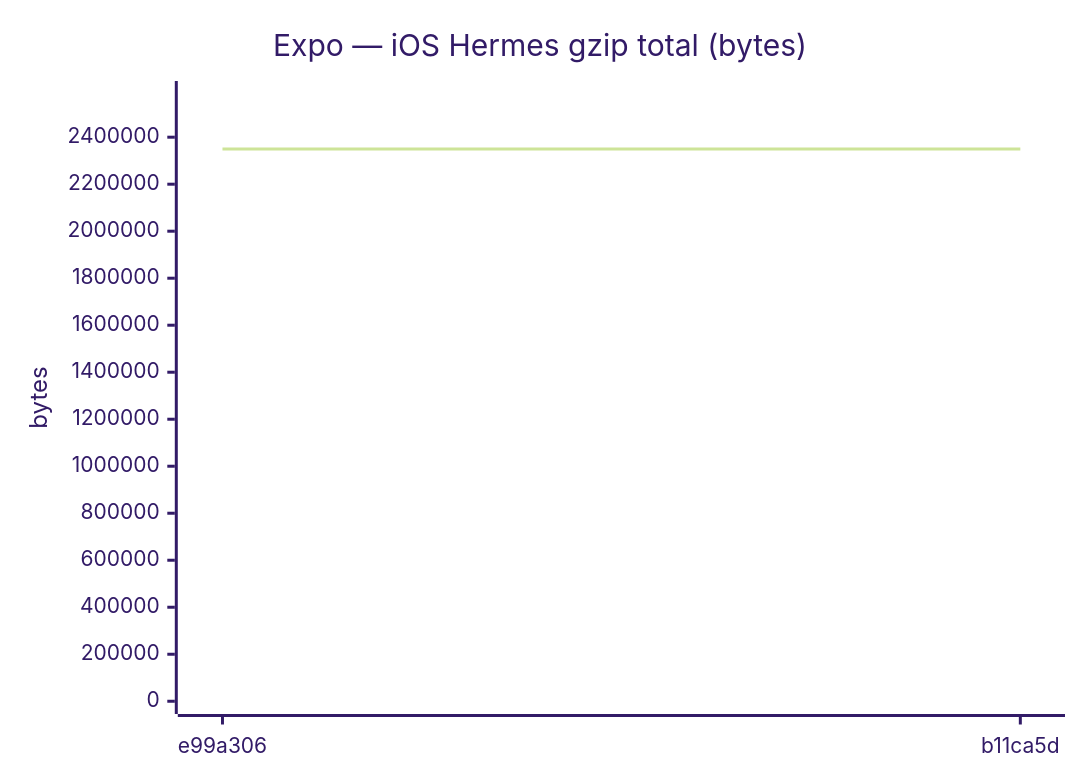
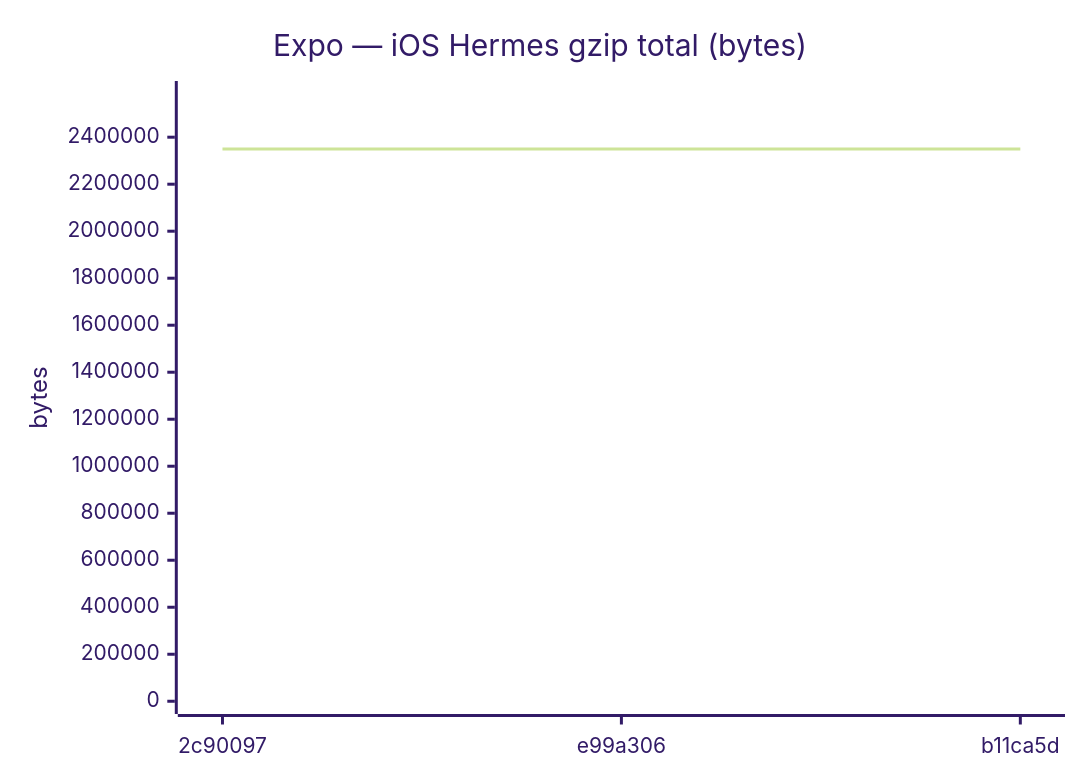
Before and after one commit to Metaheurist/Rianell: diagram 16 of 24 in Benchmarks/compare.md, drawn with Mermaid (forest theme). The commit also changed other lines of this file and 12 other files, not shown here.

````diff
--- a/Benchmarks/compare.md
+++ b/Benchmarks/compare.md
@@ -184,7 +192,7 @@
 ```mermaid
 xychart-beta
     title "Expo — iOS Hermes gzip total (bytes)"
-    x-axis ["e99a306", "b11ca5d"]
+    x-axis ["2c90097", "e99a306", "b11ca5d"]
     y-axis "bytes" 0 --> 2584856
-    line [2349869, 2349865]
+    line [2349868, 2349869, 2349865]
 ```
````
